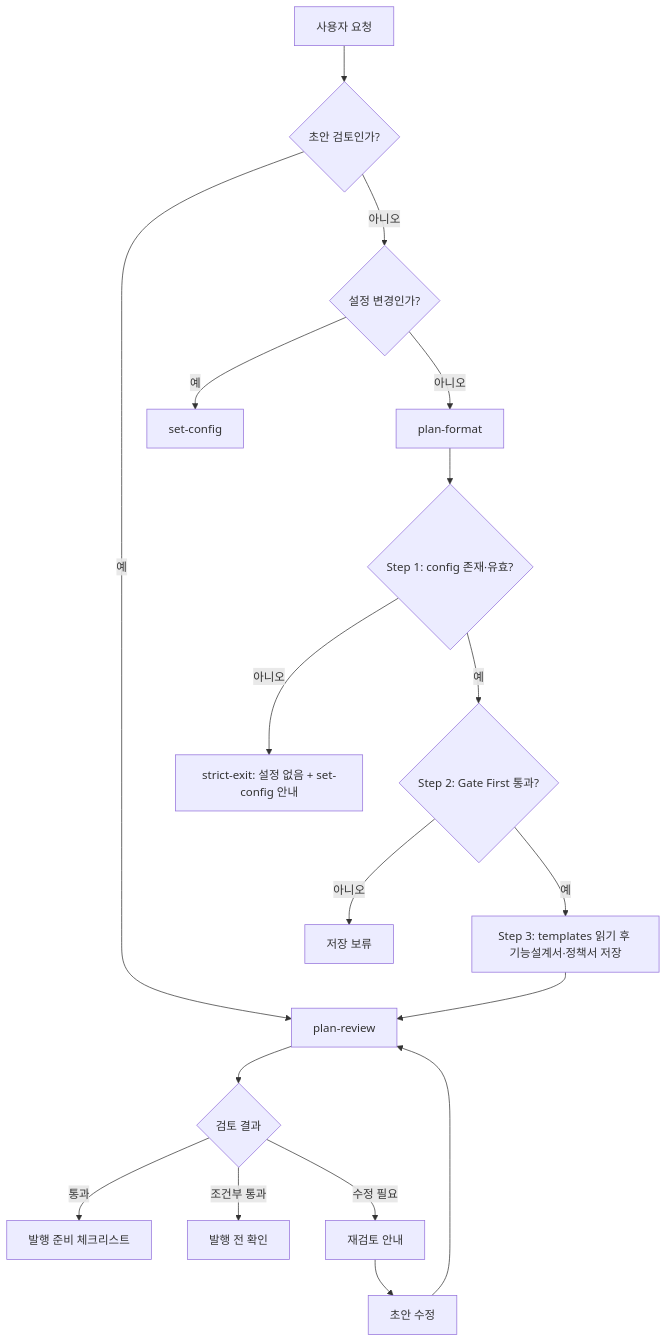
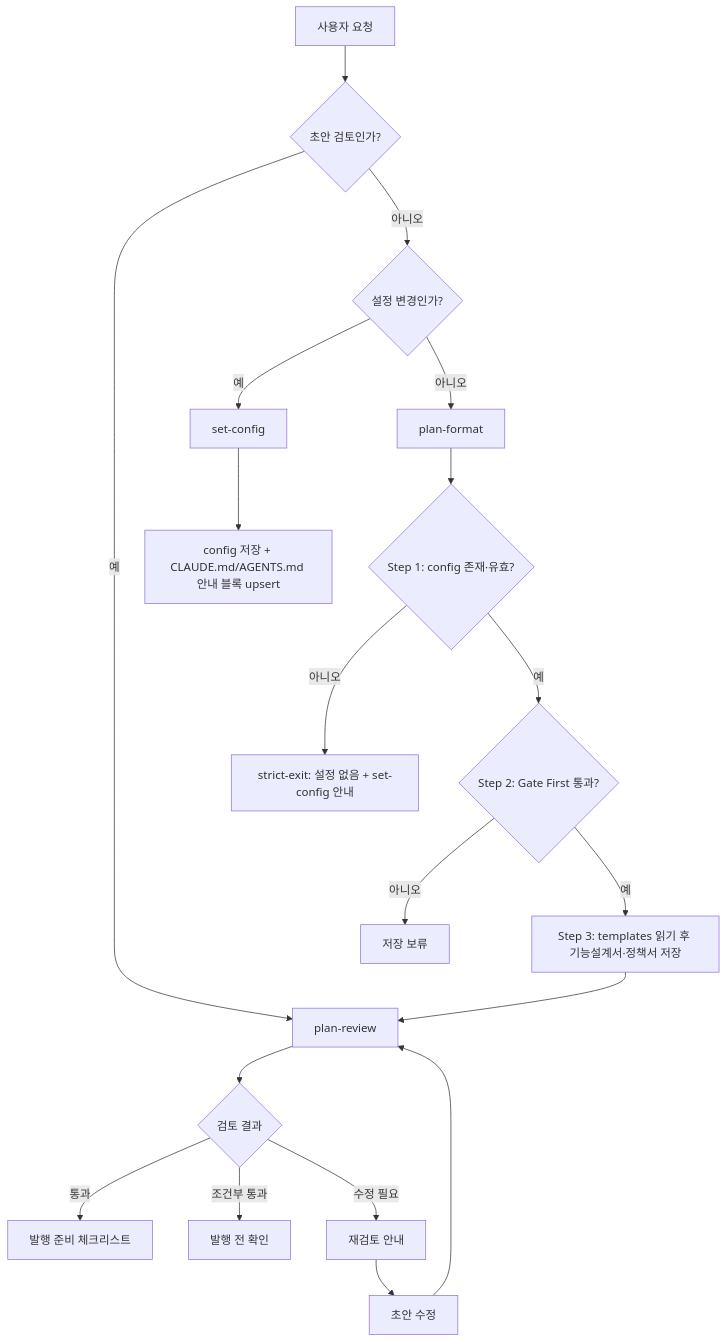
The diagram in product-team-kit/docs/feature-definition.md (inkwonjung-colosseum/plugins), drawn with Mermaid before and after one commit. The commit also changed other lines of this file and 19 other files, not shown here.

````diff
--- a/product-team-kit/docs/feature-definition.md
+++ b/product-team-kit/docs/feature-definition.md
@@ -171,20 +171,21 @@
 ```mermaid
 flowchart TD
     A[사용자 요청] --> B{초안 검토인가?}
     B -- 예 --> G[plan-review]
     B -- 아니오 --> Z{설정 변경인가?}
     Z -- 예 --> Z1[set-config]
+    Z1 --> Z2[config 저장 + CLAUDE.md/AGENTS.md 안내 블록 upsert]
     Z -- 아니오 --> C[plan-format]
     C --> S1{Step 1: config 존재·유효?}
     S1 -- 아니오 --> S1X[strict-exit: 설정 없음 + set-config 안내]
     S1 -- 예 --> D{Step 2: Gate First 통과?}
     D -- 아니오 --> E[저장 보류]
     D -- 예 --> F[Step 3: templates 읽기 후 기능설계서·정책서 저장]
     F --> G
     G --> H{검토 결과}
     H -- 통과 --> I[발행 준비 체크리스트]
     H -- 조건부 통과 --> J[발행 전 확인]
     H -- 수정 필요 --> K[재검토 안내]
     K --> L[초안 수정]
     L --> G
 ```
````
